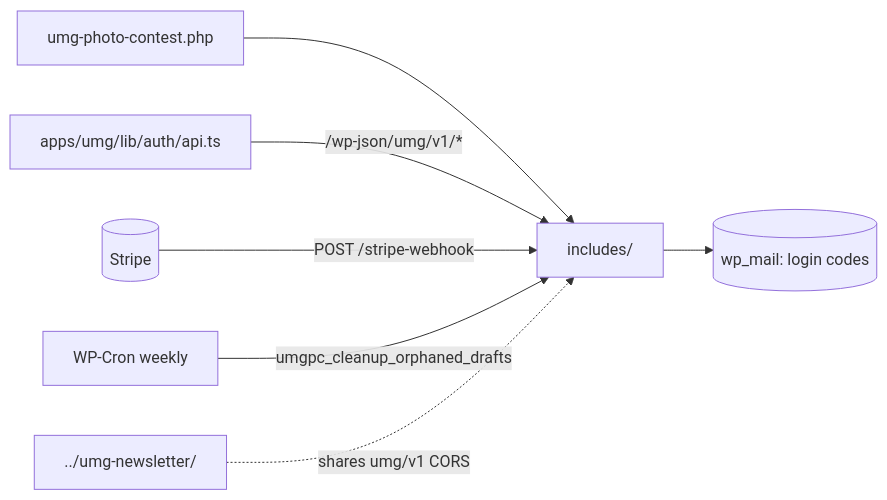
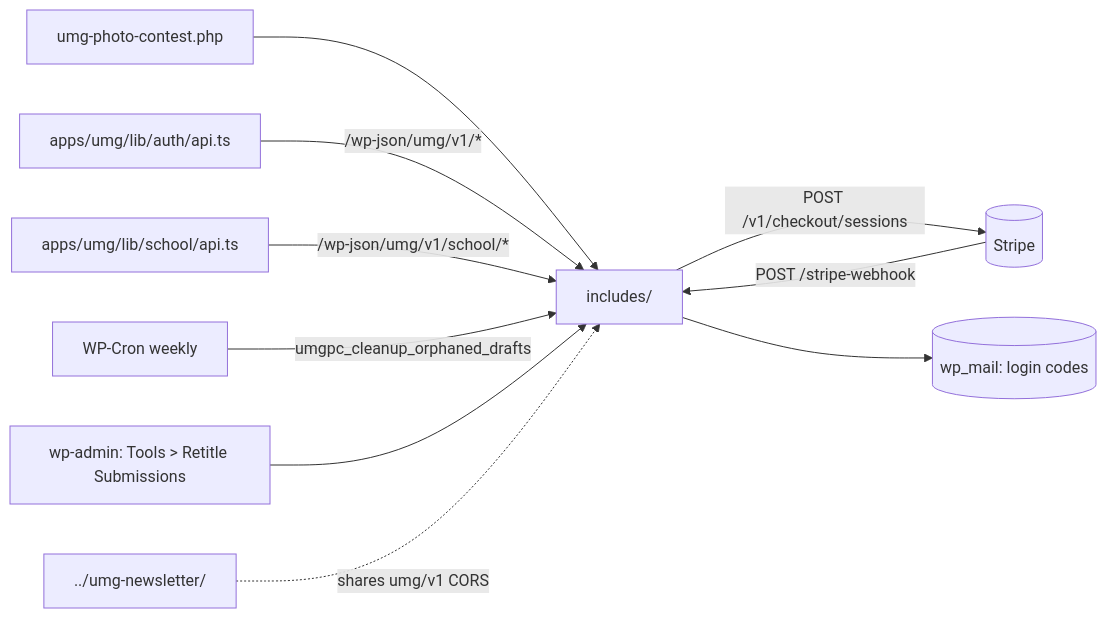
One commit to huuaho/umg-headless changed the diagram in docs/codebase/plugin/umg-photo-contest/README.md. Above: the diagram before and after it, drawn with Mermaid. The commit also changed other lines of this file and 29 other files, not shown here.

````diff
--- a/docs/codebase/plugin/umg-photo-contest/README.md
+++ b/docs/codebase/plugin/umg-photo-contest/README.md
@@ -12,9 +12,12 @@
 ```mermaid
 graph LR
   bootstrap[umg-photo-contest.php] --> includes[includes/]
   frontend[apps/umg/lib/auth/api.ts] -->|/wp-json/umg/v1/*| includes
+  frontend2[apps/umg/lib/school/api.ts] -->|/wp-json/umg/v1/school/*| includes
   stripe[(Stripe)] -->|POST /stripe-webhook| includes
+  includes -->|POST /v1/checkout/sessions| stripe
   includes --> mail[(wp_mail: login codes)]
   cron[WP-Cron weekly] -->|umgpc_cleanup_orphaned_drafts| includes
+  admin[wp-admin: Tools > Retitle Submissions] --> includes
   newsletter[../umg-newsletter/] -.shares umg/v1 CORS.-> includes
 ```
````
